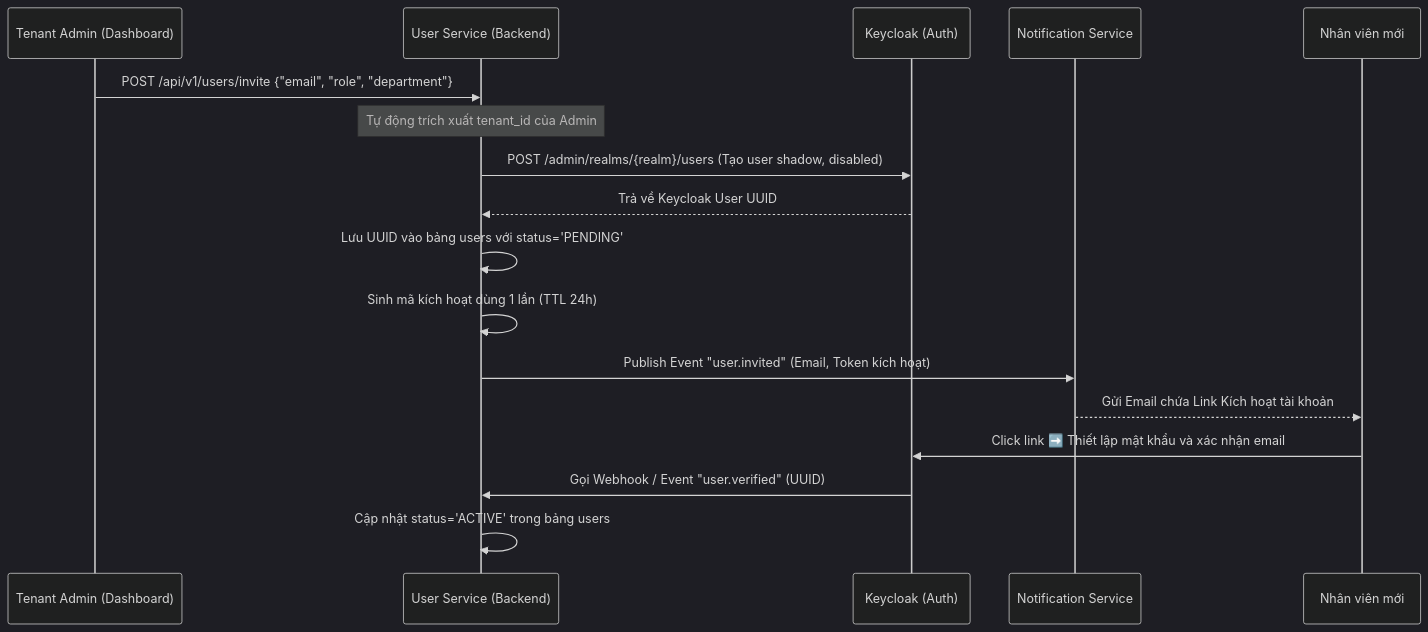
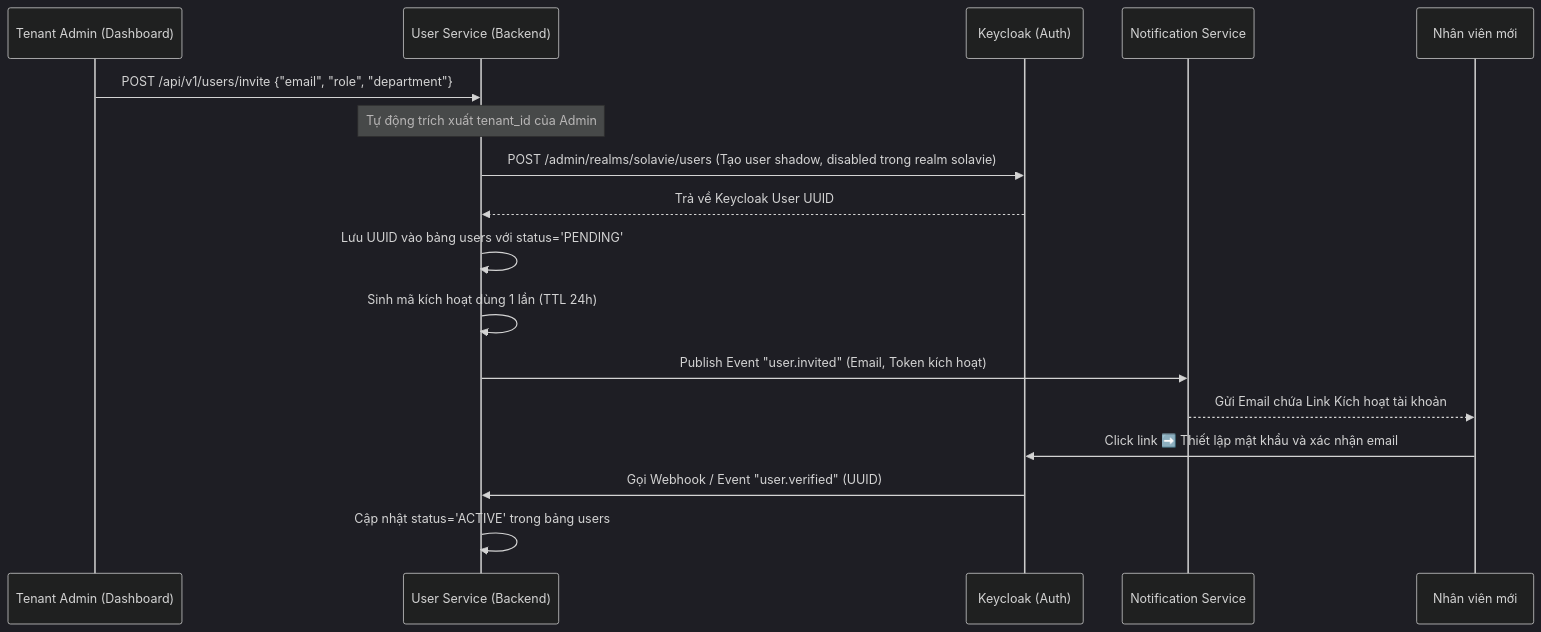
Before and after one commit to hugg4u/solavie-platform: the first of 4 diagrams in specs/services/user/design.md, drawn with Mermaid (dark theme). The commit also changed other lines of this file and 19 other files, not shown here.

````diff
--- a/specs/services/user/design.md
+++ b/specs/services/user/design.md
@@ -134,20 +134,20 @@
 ```mermaid
 sequenceDiagram
     participant Admin as Tenant Admin (Dashboard)
     participant US as User Service (Backend)
     participant KC as Keycloak (Auth)
     participant NS as Notification Service
     participant Emp as Nhân viên mới
 
     Admin->>US: POST /api/v1/users/invite {"email", "role", "department"}
     Note over US: Tự động trích xuất tenant_id của Admin
-    US->>KC: POST /admin/realms/{realm}/users (Tạo user shadow, disabled)
+    US->>KC: POST /admin/realms/solavie/users (Tạo user shadow, disabled trong realm solavie)
     KC-->>US: Trả về Keycloak User UUID
     US->>US: Lưu UUID vào bảng users với status='PENDING'
     US->>US: Sinh mã kích hoạt dùng 1 lần (TTL 24h)
     US->>NS: Publish Event "user.invited" (Email, Token kích hoạt)
     NS-->>Emp: Gửi Email chứa Link Kích hoạt tài khoản
     Emp->>KC: Click link ➡️ Thiết lập mật khẩu và xác nhận email
     KC->>US: Gọi Webhook / Event "user.verified" (UUID)
     US->>US: Cập nhật status='ACTIVE' trong bảng users
 ```
````
